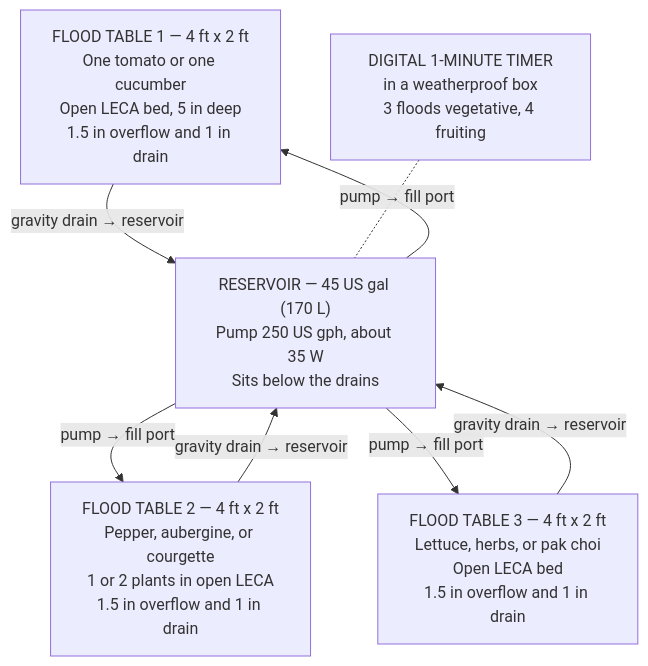
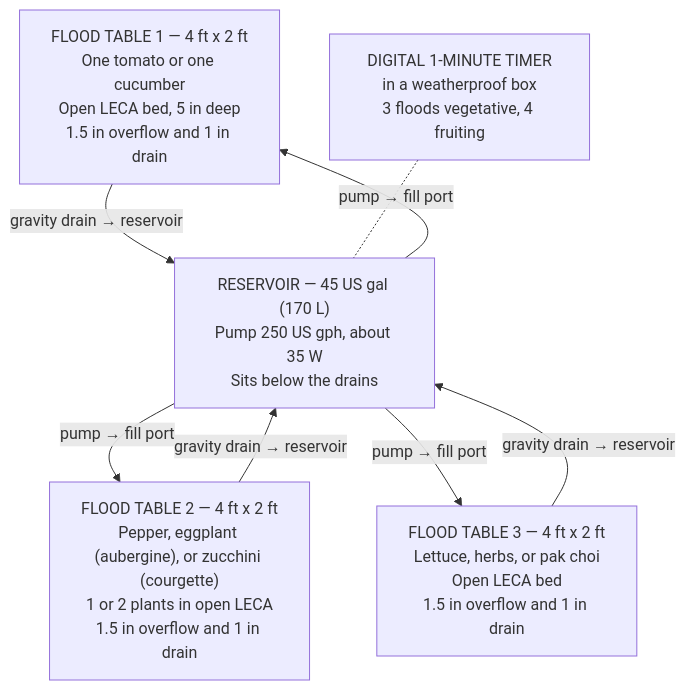
Before and after one commit to UncleJS/guide_hydroponics: the first of 8 diagrams in guide/ebb-and-flow/11-build-guide.md, drawn with Mermaid. The commit also changed other lines of this file and 35 other files, not shown here.

````diff
--- a/guide/ebb-and-flow/11-build-guide.md
+++ b/guide/ebb-and-flow/11-build-guide.md
@@ -79,15 +79,15 @@
 ```mermaid
 flowchart TB
     T1["FLOOD TABLE 1 — 4 ft x 2 ft<br/>One tomato or one cucumber<br/>Open LECA bed, 5 in deep<br/>1.5 in overflow and 1 in drain"]
-    T2["FLOOD TABLE 2 — 4 ft x 2 ft<br/>Pepper, aubergine, or courgette<br/>1 or 2 plants in open LECA<br/>1.5 in overflow and 1 in drain"]
+    T2["FLOOD TABLE 2 — 4 ft x 2 ft<br/>Pepper, eggplant (aubergine), or zucchini (courgette)<br/>1 or 2 plants in open LECA<br/>1.5 in overflow and 1 in drain"]
     T3["FLOOD TABLE 3 — 4 ft x 2 ft<br/>Lettuce, herbs, or pak choi<br/>Open LECA bed<br/>1.5 in overflow and 1 in drain"]
     RES["RESERVOIR — 45 US gal (170 L)<br/>Pump 250 US gph, about 35 W<br/>Sits below the drains"]
     TIMER["DIGITAL 1-MINUTE TIMER<br/>in a weatherproof box<br/>3 floods vegetative, 4 fruiting"]
     T1 -->|"gravity drain → reservoir"| RES
     T2 -->|"gravity drain → reservoir"| RES
     T3 -->|"gravity drain → reservoir"| RES
     RES -->|"pump → fill port"| T1
     RES -->|"pump → fill port"| T2
     RES -->|"pump → fill port"| T3
     TIMER -.- RES
 ```
````
